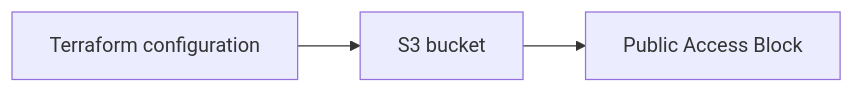
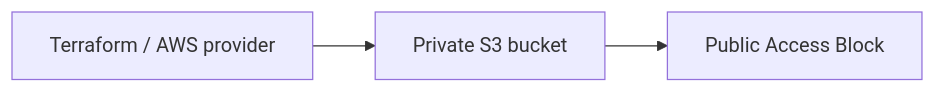
Before and after one commit to NoteLegend/DevOps-Assignments: the diagram in Assignment-17-Session-18/terraform-s3-demo/README.md, drawn with Mermaid. The commit also changed other lines of this file and 231 other files, not shown here.

````diff
--- a/Assignment-17-Session-18/terraform-s3-demo/README.md
+++ b/Assignment-17-Session-18/terraform-s3-demo/README.md
@@ -20,5 +9,5 @@
 ```mermaid
 flowchart LR
-  T[Terraform configuration] --> B[S3 bucket]
-  B --> P[Public Access Block]
+  T[Terraform / AWS provider] --> S[Private S3 bucket]
+  S --> B[Public Access Block]
 ```
````
